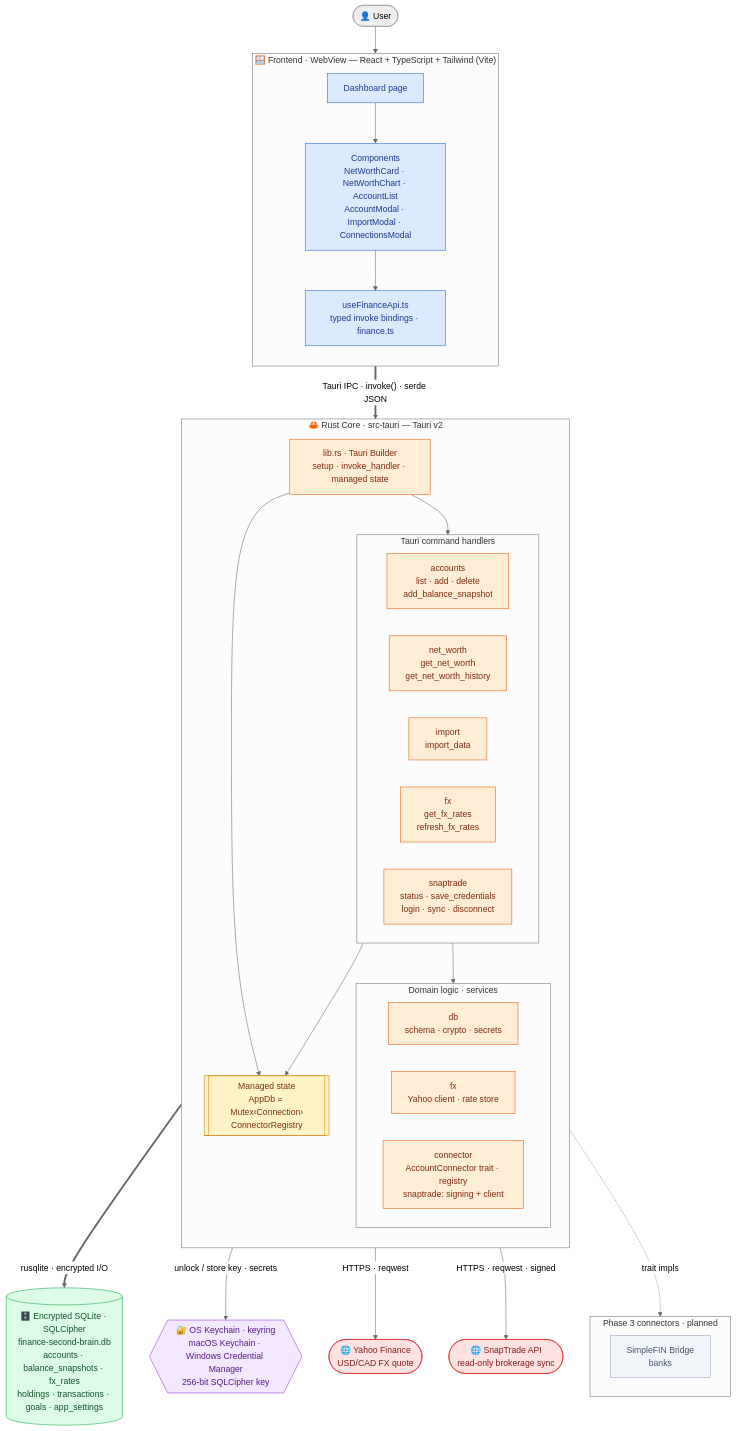
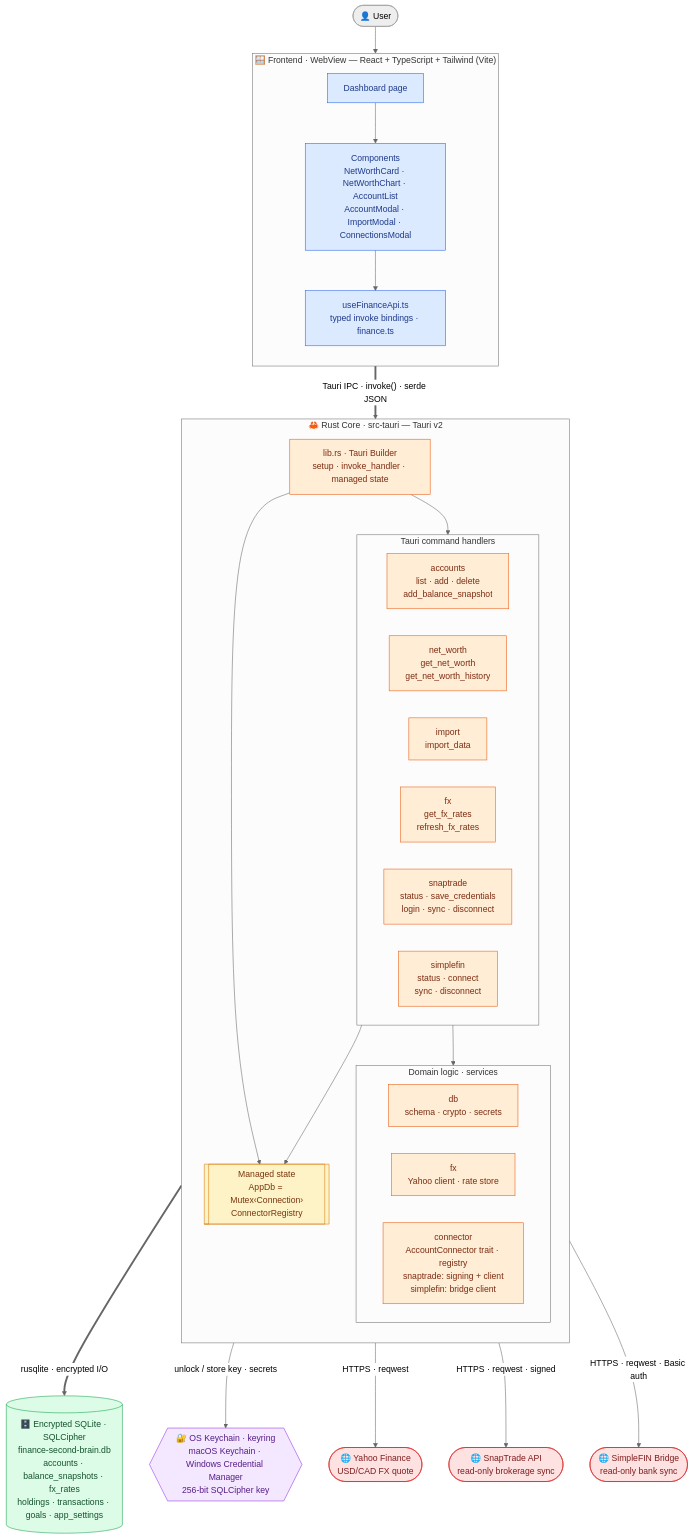
One commit to daryn-brown/truenorth changed the first of 2 diagrams in README.md. Above: the diagram before and after it, drawn with Mermaid (neutral theme). The commit also changed other lines of this file and 1 other file, not shown here.

Commit message:
docs(simplefin): document SimpleFIN bank setup and sync
Add docs/simplefin.md (setup token -> connect -> sync, what a sync does,
disconnect, privacy, troubleshooting) and update the README: promote
SimpleFIN from "planned" to an active connector in the architecture
diagram, refresh the intro and roadmap, and link the new doc.

````diff
--- a/README.md
+++ b/README.md
@@ -42,74 +43,69 @@
 ```mermaid
 flowchart TB
     user(["👤 User"])
 
     subgraph FE["🪟 Frontend · WebView — React + TypeScript + Tailwind (Vite)"]
         direction TB
         pages["Dashboard page"]
         comps["Components<br/>NetWorthCard · NetWorthChart · AccountList<br/>AccountModal · ImportModal · ConnectionsModal"]
         api["useFinanceApi.ts<br/>typed invoke bindings · finance.ts"]
         pages --> comps --> api
     end
 
     subgraph CORE["🦀 Rust Core · src-tauri — Tauri v2"]
         direction TB
         builder["lib.rs · Tauri Builder<br/>setup · invoke_handler · managed state"]
 
         subgraph CMD["Tauri command handlers"]
             direction LR
             c_acc["accounts<br/>list · add · delete<br/>add_balance_snapshot"]
             c_nw["net_worth<br/>get_net_worth<br/>get_net_worth_history"]
             c_imp["import<br/>import_data"]
             c_fx["fx<br/>get_fx_rates<br/>refresh_fx_rates"]
             c_snap["snaptrade<br/>status · save_credentials<br/>login · sync · disconnect"]
+            c_sf["simplefin<br/>status · connect<br/>sync · disconnect"]
         end
 
         subgraph SVC["Domain logic · services"]
             direction LR
             d_db["db<br/>schema · crypto · secrets"]
             d_fx["fx<br/>Yahoo client · rate store"]
-            d_conn["connector<br/>AccountConnector trait · registry<br/>snaptrade: signing + client"]
+            d_conn["connector<br/>AccountConnector trait · registry<br/>snaptrade: signing + client<br/>simplefin: bridge client"]
         end
 
         state[["Managed state<br/>AppDb = Mutex‹Connection›<br/>ConnectorRegistry"]]
 
         builder --> CMD
         builder --> state
         CMD --> SVC
         CMD --> state
     end
 
     kc{{"🔐 OS Keychain · keyring<br/>macOS Keychain · Windows Credential Manager<br/>256-bit SQLCipher key"}}
     db[("🗄️ Encrypted SQLite · SQLCipher<br/>finance-second-brain.db<br/>accounts · balance_snapshots · fx_rates<br/>holdings · transactions · goals · app_settings")]
     yahoo(["🌐 Yahoo Finance<br/>USD/CAD FX quote"])
     snaptrade(["🌐 SnapTrade API<br/>read-only brokerage sync"])
-
-    subgraph P3["Phase 3 connectors · planned"]
-        direction LR
-        sfin["SimpleFIN Bridge<br/>banks"]
-    end
+    simplefin(["🌐 SimpleFIN Bridge<br/>read-only bank sync"])
 
     user --> pages
     api ==>|"Tauri IPC · invoke() · serde JSON"| builder
     state ==>|"rusqlite · encrypted I/O"| db
     d_db -->|"unlock / store key · secrets"| kc
     d_fx -->|"HTTPS · reqwest"| yahoo
     d_conn -->|"HTTPS · reqwest · signed"| snaptrade
-    d_conn -.->|"trait impls"| P3
+    d_conn -->|"HTTPS · reqwest · Basic auth"| simplefin
 
     classDef feNode fill:#dbeafe,stroke:#2563eb,color:#1e3a8a;
     classDef coreNode fill:#ffedd5,stroke:#ea580c,color:#7c2d12;
     classDef stateNode fill:#fef3c7,stroke:#d97706,color:#78350f;
     classDef store fill:#dcfce7,stroke:#16a34a,color:#14532d;
     classDef os fill:#f3e8ff,stroke:#9333ea,color:#581c87;
     classDef ext fill:#fee2e2,stroke:#dc2626,color:#7f1d1d;
-    classDef planned fill:#f1f5f9,stroke:#94a3b8,color:#475569;
 
     class pages,comps,api feNode;
-    class builder,c_acc,c_nw,c_imp,c_fx,c_snap,d_db,d_fx,d_conn coreNode;
+    class builder,c_acc,c_nw,c_imp,c_fx,c_snap,c_sf,d_db,d_fx,d_conn coreNode;
     class state stateNode;
     class db store;
     class kc os;
-    class yahoo,snaptrade ext;
-    class sfin planned;
+    class yahoo,snaptrade,simplefin ext;
 ```
````
